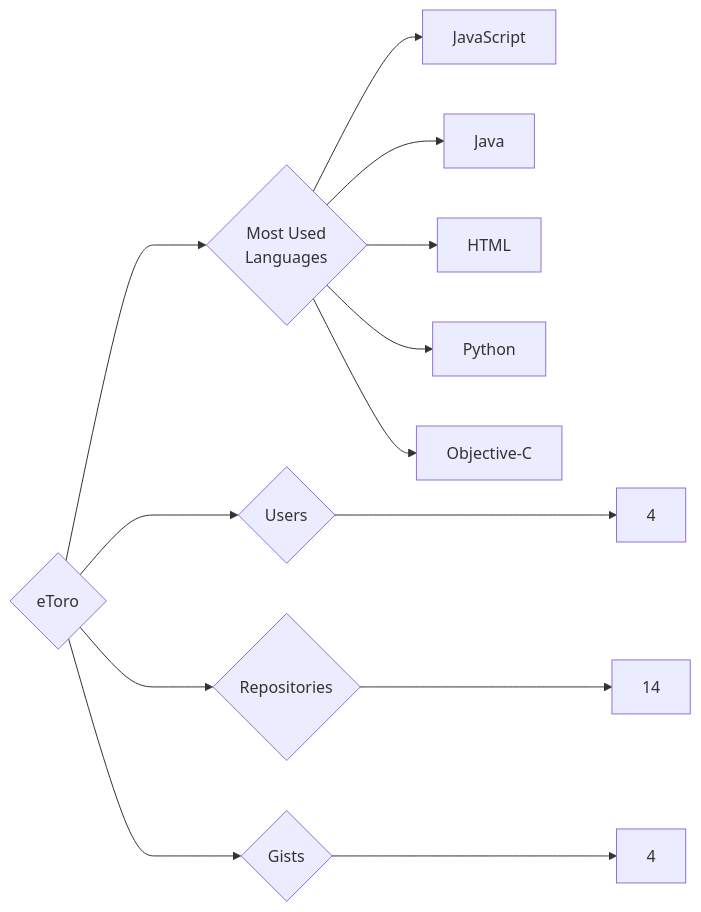
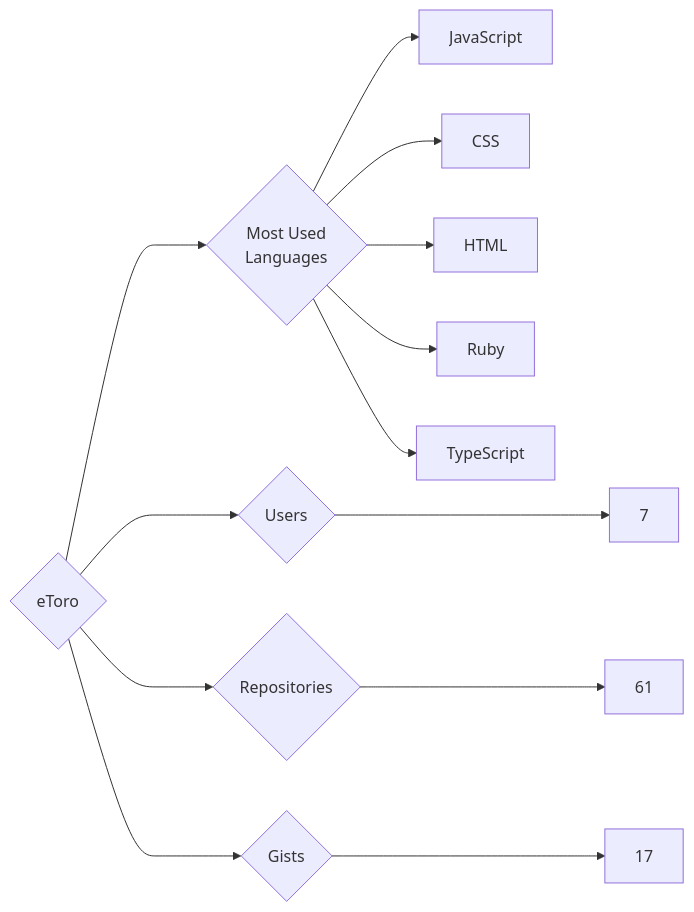
Before and after one commit to trickest/insiders: the diagram in targets/eToro/README.md, drawn with Mermaid. The commit also changed 1175 other files, not shown here.

````diff
--- a/targets/eToro/README.md
+++ b/targets/eToro/README.md
@@ -3,13 +3,13 @@
 ```mermaid
 graph LR
 COMPANY_NAME{eToro}
-COMPANY_NAME ---> U{Users} ---> UN[4]
-COMPANY_NAME ---> R{Repositories} ---> RN[14]
-COMPANY_NAME ---> G{Gists} ---> GN[4]
+COMPANY_NAME ---> U{Users} ---> UN[7]
+COMPANY_NAME ---> R{Repositories} ---> RN[61]
+COMPANY_NAME ---> G{Gists} ---> GN[17]
 COMPANY_NAME ---> ML{Most Used<br>Languages}
 ML --> JavaScript[JavaScript]
-ML --> Java[Java]
+ML --> CSS[CSS]
 ML --> HTML[HTML]
-ML --> Python[Python]
-ML --> Objective-C[Objective-C]
+ML --> Ruby[Ruby]
+ML --> TypeScript[TypeScript]
 ```
````
